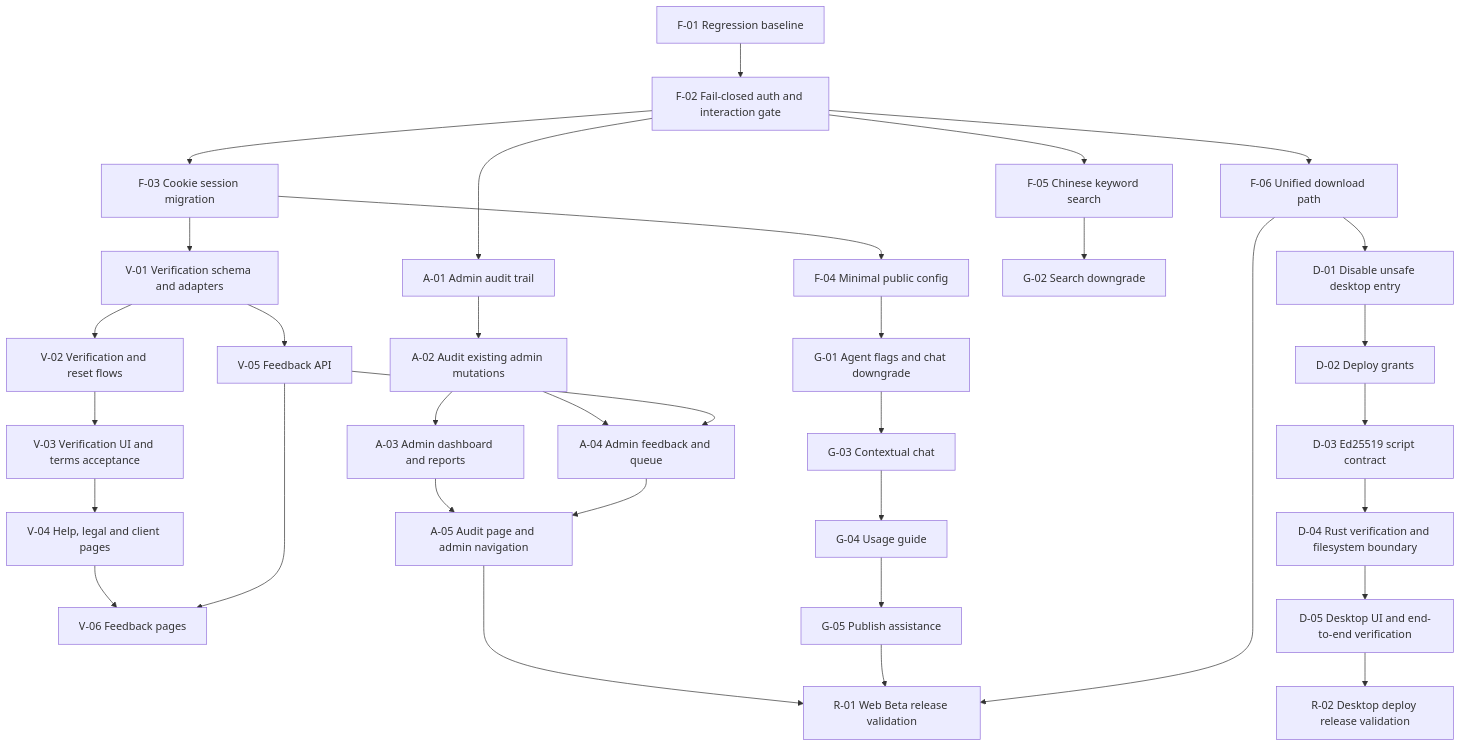
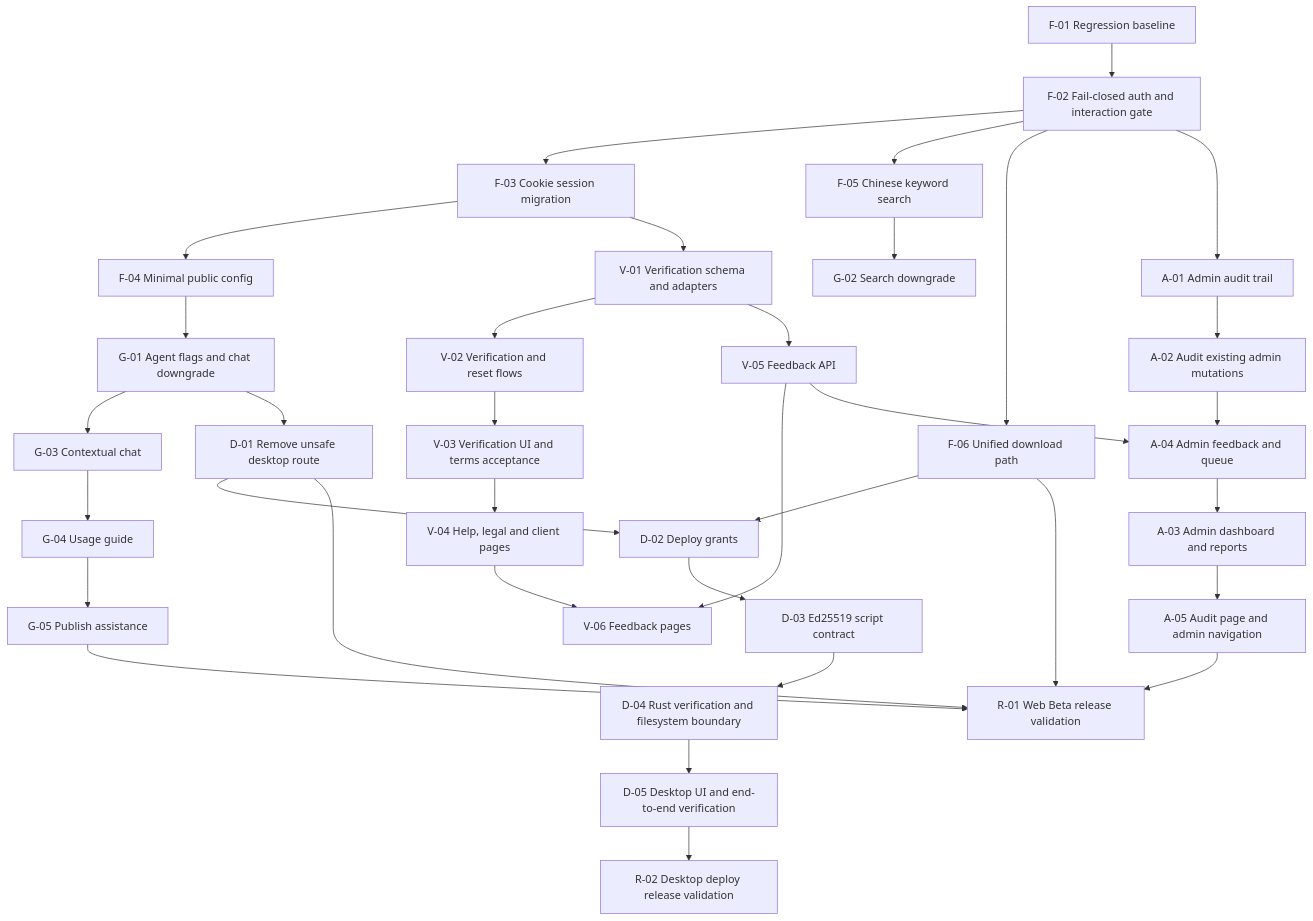
The diagram in docs/superpowers/plans/2026-05-30-omnicraft-dual-track-beta-roadmap.md (Leewwp/OmniCraft), drawn with Mermaid before and after one commit. The commit also changed other lines of this file and 9 other files, not shown here.

````diff
--- a/docs/superpowers/plans/2026-05-30-omnicraft-dual-track-beta-roadmap.md
+++ b/docs/superpowers/plans/2026-05-30-omnicraft-dual-track-beta-roadmap.md
@@ -32,36 +37,37 @@
 ```mermaid
 flowchart TD
     A["F-01 Regression baseline"] --> B["F-02 Fail-closed auth and interaction gate"]
     B --> C["F-03 Cookie session migration"]
     C --> D["F-04 Minimal public config"]
     B --> E["F-05 Chinese keyword search"]
     B --> F["F-06 Unified download path"]
     C --> G["V-01 Verification schema and adapters"]
     G --> H["V-02 Verification and reset flows"]
     H --> I["V-03 Verification UI and terms acceptance"]
     I --> J["V-04 Help, legal and client pages"]
     G --> J2["V-05 Feedback API"]
     J --> J3["V-06 Feedback pages"]
     J2 --> J3
     B --> K["A-01 Admin audit trail"]
     K --> L["A-02 Audit existing admin mutations"]
-    L --> M["A-03 Admin dashboard and reports"]
     L --> M2["A-04 Admin feedback and queue"]
     J2 --> M2
+    M2 --> M["A-03 Admin dashboard and reports"]
     M --> M3["A-05 Audit page and admin navigation"]
-    M2 --> M3
     D --> N["G-01 Agent flags and chat downgrade"]
     E --> O["G-02 Search downgrade"]
     N --> P["G-03 Contextual chat"]
     P --> P2["G-04 Usage guide"]
     P2 --> P3["G-05 Publish assistance"]
-    F --> Q["D-01 Disable unsafe desktop entry"]
-    Q --> R["D-02 Deploy grants"]
+    N --> Q["D-01 Remove unsafe desktop route"]
+    F --> R["D-02 Deploy grants"]
+    Q --> R
     R --> S["D-03 Ed25519 script contract"]
     S --> T["D-04 Rust verification and filesystem boundary"]
     T --> U["D-05 Desktop UI and end-to-end verification"]
     M3 --> Z["R-01 Web Beta release validation"]
     P3 --> Z
     F --> Z
+    Q --> Z
     U --> Y["R-02 Desktop deploy release validation"]
 ```
````
